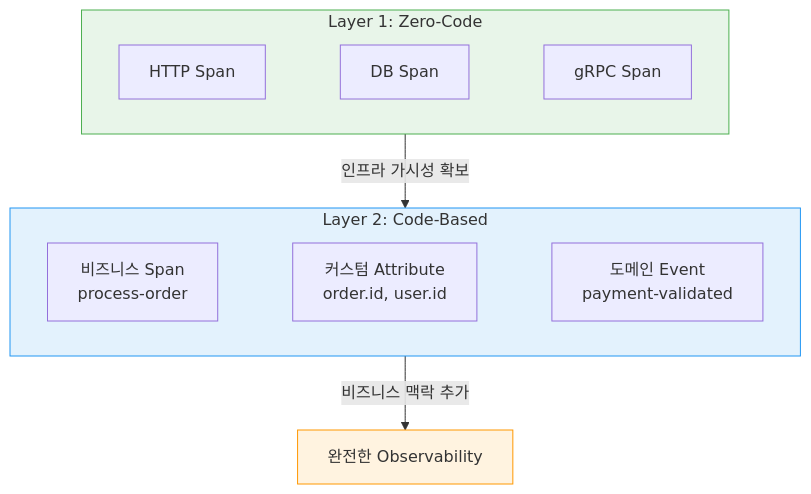
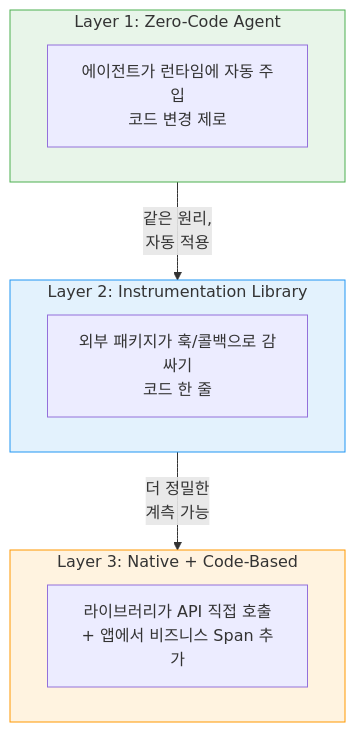
Before and after one commit to hiddenpunch/hiddenpunch.github.io: the third of 3 diagrams in content/posts/otel-instrumentation.md, drawn with Mermaid. The commit also changed other lines of this file, not shown here.

First line of the commit message:
Update #7: Instrumentation Library와 Native Instrumentation 개념 추가

````diff
--- a/content/posts/otel-instrumentation.md
+++ b/content/posts/otel-instrumentation.md
@@ -169,19 +195,21 @@
 ```mermaid
 flowchart TB
-    subgraph layer1["Layer 1: Zero-Code"]
-        direction LR
-        Z1["HTTP Span"] ~~~ Z2["DB Span"] ~~~ Z3["gRPC Span"]
+    subgraph layer1["Layer 1: Zero-Code Agent"]
+        Z["에이전트가 런타임에 자동 주입\n코드 변경 제로"]
     end
 
-    subgraph layer2["Layer 2: Code-Based"]
-        direction LR
-        C1["비즈니스 Span\nprocess-order"] ~~~ C2["커스텀 Attribute\norder.id, user.id"] ~~~ C3["도메인 Event\npayment-validated"]
+    subgraph layer2["Layer 2: Instrumentation Library"]
+        IL["외부 패키지가 훅/콜백으로 감싸기\n코드 한 줄"]
     end
 
-    layer1 -->|"인프라 가시성 확보"| layer2
-    layer2 -->|"비즈니스 맥락 추가"| FULL["완전한 Observability"]
+    subgraph layer3["Layer 3: Native + Code-Based"]
+        N["라이브러리가 API 직접 호출\n+ 앱에서 비즈니스 Span 추가"]
+    end
+
+    layer1 -->|"같은 원리,\n자동 적용"| layer2
+    layer2 -->|"더 정밀한\n계측 가능"| layer3
 
     style layer1 fill:#e8f5e9,stroke:#4caf50
     style layer2 fill:#e3f2fd,stroke:#2196f3
-    style FULL fill:#fff3e0,stroke:#ff9800
+    style layer3 fill:#fff3e0,stroke:#ff9800
 ```
````
